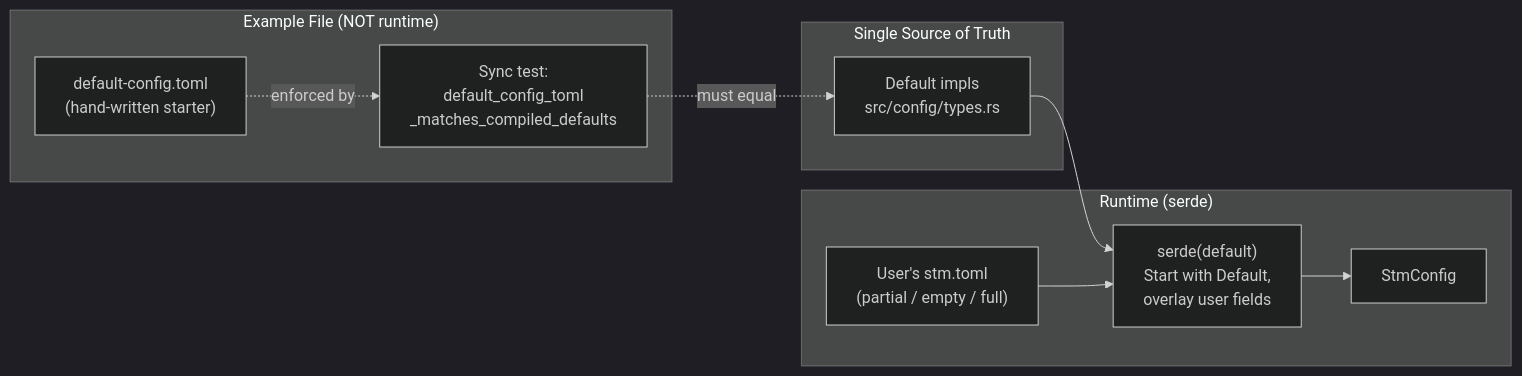
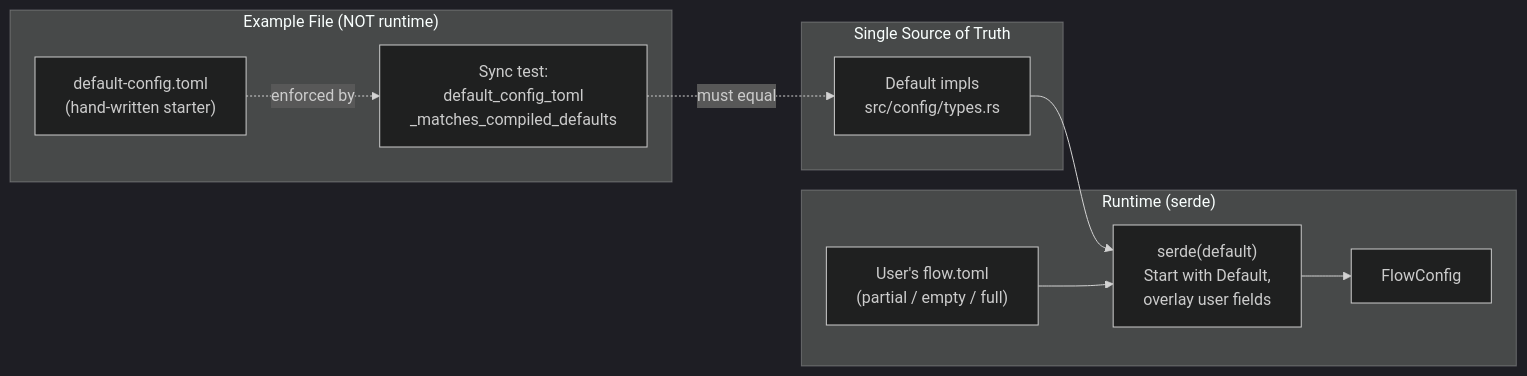
The first of 5 diagrams in docs/src/dev-guide/config-and-persistence.md (CCpcalvin/flow-wm), drawn with Mermaid (dark theme) before and after one commit. The commit also changed other lines of this file and 108 other files, not shown here.

Commit message:
refactor: rename project from scrolling-tiling-manager to flow-wm

````diff
--- a/docs/src/dev-guide/config-and-persistence.md
+++ b/docs/src/dev-guide/config-and-persistence.md
@@ -11,23 +11,23 @@
 ```mermaid
 flowchart LR
     subgraph SourceOfTruth ["Single Source of Truth"]
         D["Default impls<br/>src/config/types.rs"]
     end
 
     subgraph Runtime ["Runtime (serde)"]
-        TOML["User's stm.toml<br/>(partial / empty / full)"]
+        TOML["User's flow.toml<br/>(partial / empty / full)"]
         MERGE["serde(default)<br/>Start with Default,<br/>overlay user fields"]
-        CFG["StmConfig"]
+        CFG["FlowConfig"]
     end
 
     subgraph Example ["Example File (NOT runtime)"]
         EX["default-config.toml<br/>(hand-written starter)"]
         SYNC["Sync test:<br/>default_config_toml<br/>_matches_compiled_defaults"]
     end
 
     D --> MERGE
     TOML --> MERGE
     MERGE --> CFG
     EX -.->|enforced by| SYNC
     SYNC -.->|must equal| D
 ```
````
